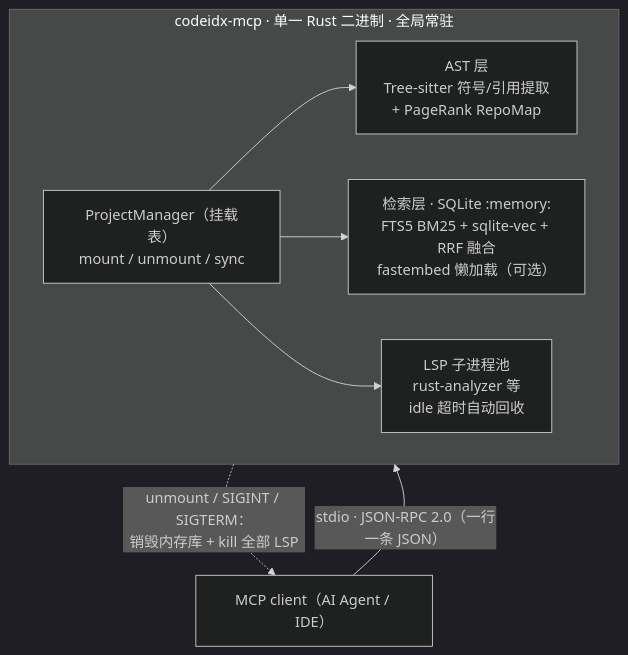
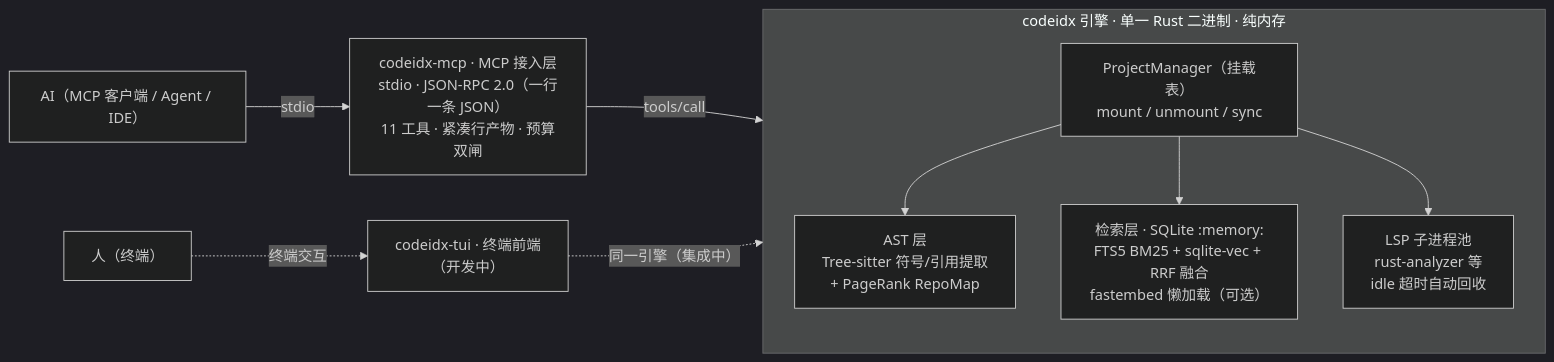
The diagram in README.md (Thatgfsj/codeidx), drawn with Mermaid (dark theme) before and after one commit. The commit also changed other lines of this file and 1 other file, not shown here.

````diff
--- a/README.md
+++ b/README.md
@@ -107,17 +211,23 @@
 ```mermaid
-flowchart TB
-    C["MCP client（AI Agent / IDE）"]
-    C -- "stdio · JSON-RPC 2.0（一行一条 JSON）" --> S
+flowchart LR
+    AI["AI（MCP 客户端 / Agent / IDE）"]
+    H["人（终端）"]
+    MCP["codeidx-mcp · MCP 接入层<br/>stdio · JSON-RPC 2.0（一行一条 JSON）<br/>11 工具 · 紧凑行产物 · 预算双闸"]
+    TUI["codeidx-tui · 终端前端<br/>（开发中）"]
 
-    subgraph S["codeidx-mcp · 单一 Rust 二进制 · 全局常驻"]
+    subgraph ENG["codeidx 引擎 · 单一 Rust 二进制 · 纯内存"]
+        direction TB
         M["ProjectManager（挂载表）<br/>mount / unmount / sync"]
         A["AST 层<br/>Tree-sitter 符号/引用提取<br/>+ PageRank RepoMap"]
         F["检索层 · SQLite :memory:<br/>FTS5 BM25 + sqlite-vec + RRF 融合<br/>fastembed 懒加载（可选）"]
         L["LSP 子进程池<br/>rust-analyzer 等<br/>idle 超时自动回收"]
         M --> A
         M --> F
         M --> L
     end
 
-    S -. "unmount / SIGINT / SIGTERM：<br/>销毁内存库 + kill 全部 LSP" .-> C
+    AI -->|"stdio"| MCP
+    MCP -->|"tools/call"| ENG
+    H -.->|"终端交互"| TUI
+    TUI -.->|"同一引擎（集成中）"| ENG
 ```
````
